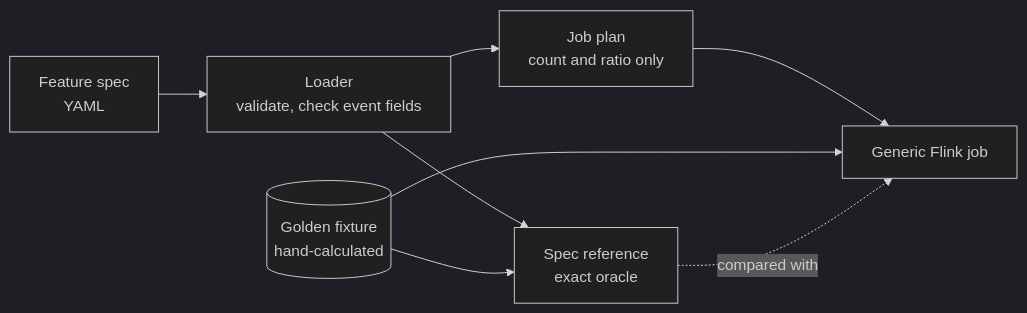
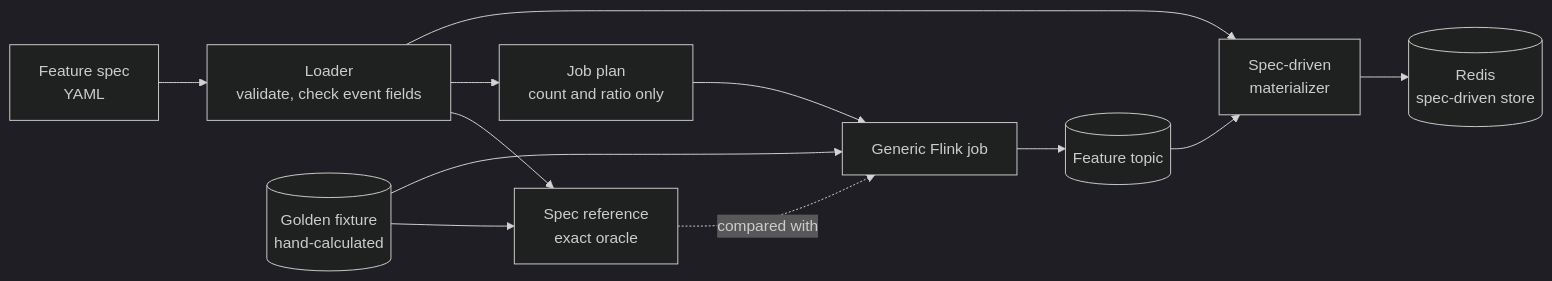
One commit to oster-dev/featureforge changed the sixth of 8 diagrams in ARCHITECTURE.md. Above: the diagram before and after it, drawn with Mermaid (dark theme). The commit also changed other lines of this file and 8 other files, not shown here.

First line of the commit message:
docs: record the spec-driven online path across README, STATUS and de… (#40)

````diff
--- a/ARCHITECTURE.md
+++ b/ARCHITECTURE.md
@@ -204,10 +232,14 @@
 ```mermaid
 flowchart LR
     Y[Feature spec<br/>YAML] --> L[Loader<br/>validate, check event fields]
     L --> R[Spec reference<br/>exact oracle]
     L --> P[Job plan<br/>count and ratio only]
     P --> G[Generic Flink job]
+    G --> T[(Feature topic)]
+    T --> MS[Spec-driven<br/>materializer]
+    L --> MS
+    MS --> RS[(Redis<br/>spec-driven store)]
     FX[(Golden fixture<br/>hand-calculated)] --> R
     FX --> G
     R -.->|compared with| G
 ```
````
